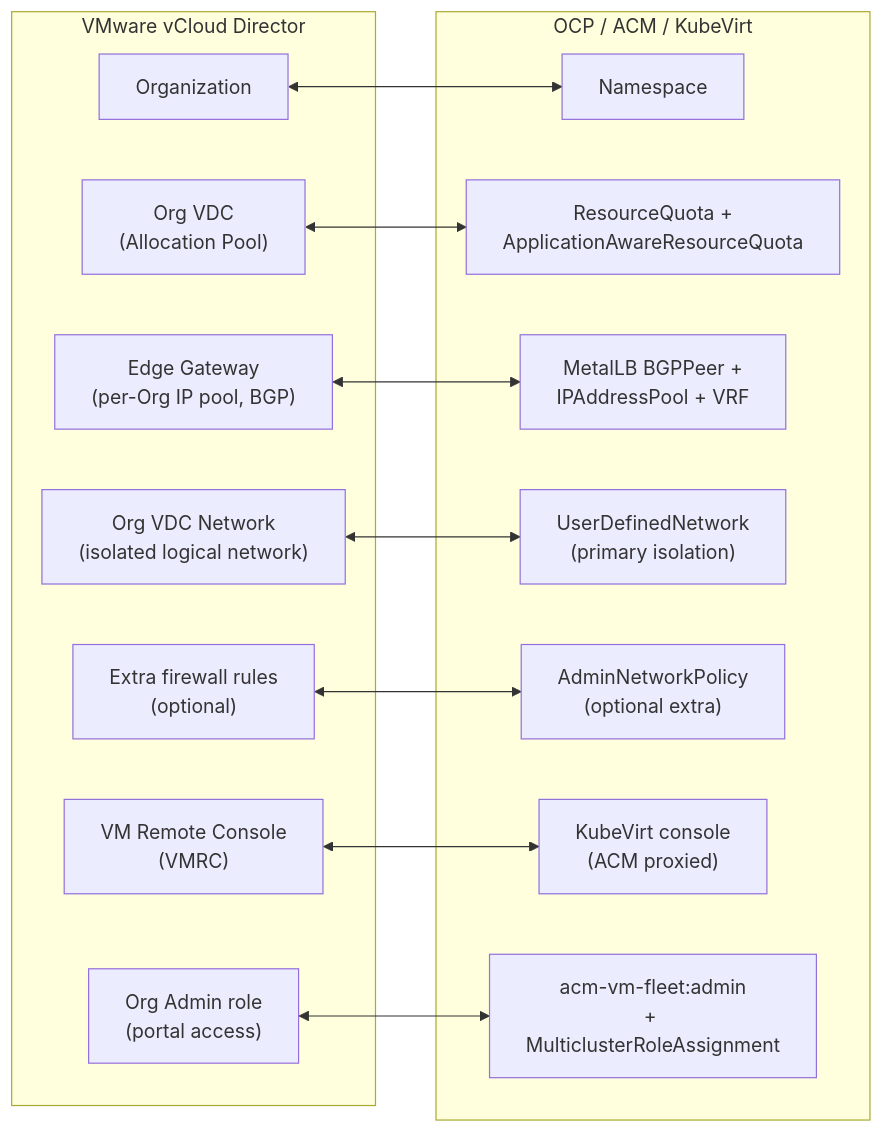
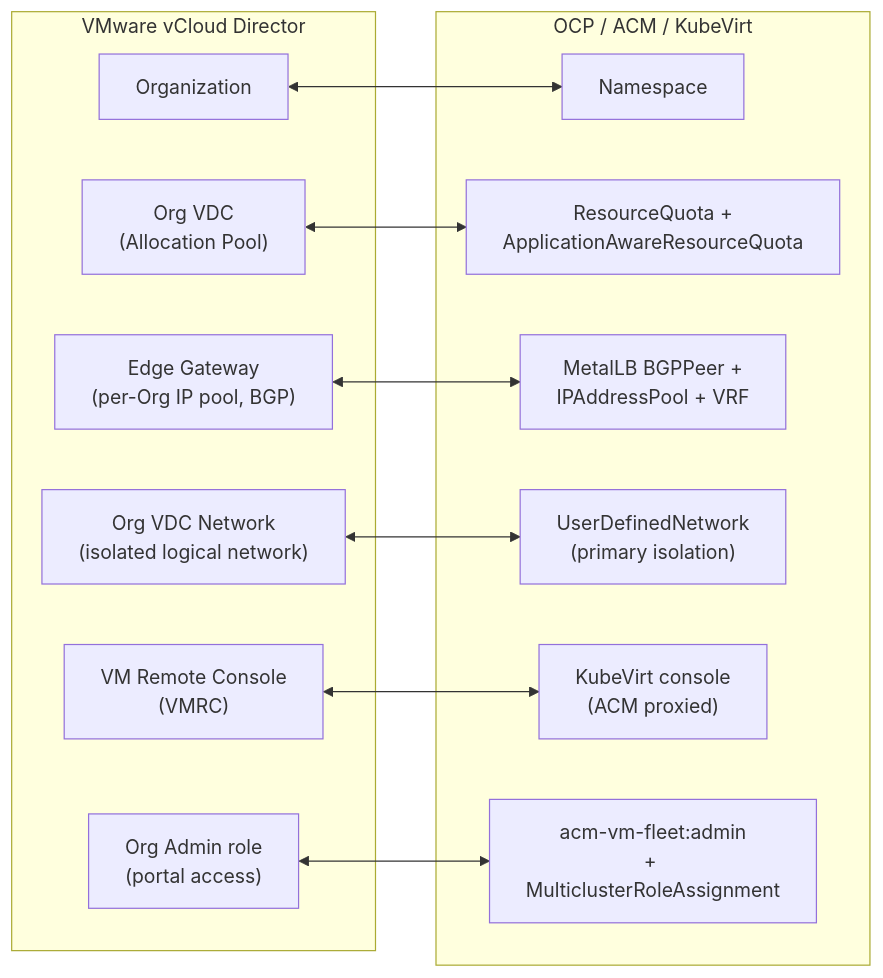
One commit to ngner/tenancy-by-acm-policy changed the third of 3 diagrams in docs/tenancy-model.md. Above: the diagram before and after it, drawn with Mermaid. The commit also changed other lines of this file and 40 other files, not shown here.

````diff
--- a/docs/tenancy-model.md
+++ b/docs/tenancy-model.md
@@ -191,29 +207,26 @@
 ```mermaid
 flowchart LR
     subgraph vcd [VMware vCloud Director]
         org[Organization]
         vdc["Org VDC\n(Allocation Pool)"]
         edgegw["Edge Gateway\n(per-Org IP pool, BGP)"]
         orgnet["Org VDC Network\n(isolated logical network)"]
-        fwrule["Extra firewall rules\n(optional)"]
         vmrc["VM Remote Console\n(VMRC)"]
         orgadmin["Org Admin role\n(portal access)"]
     end
     subgraph ocp [OCP / ACM / KubeVirt]
         ns[Namespace]
         quota["ResourceQuota +\nApplicationAwareResourceQuota"]
         metallb["MetalLB BGPPeer +\nIPAddressPool + VRF"]
         udn["UserDefinedNetwork\n(primary isolation)"]
-        anp["AdminNetworkPolicy\n(optional extra)"]
         console["KubeVirt console\n(ACM proxied)"]
         fleetrole["acm-vm-fleet:admin\n+ MulticlusterRoleAssignment"]
     end
 
     org <--> ns
     vdc <--> quota
     edgegw <--> metallb
     orgnet <--> udn
-    fwrule <--> anp
     vmrc <--> console
     orgadmin <--> fleetrole
 ```
````
